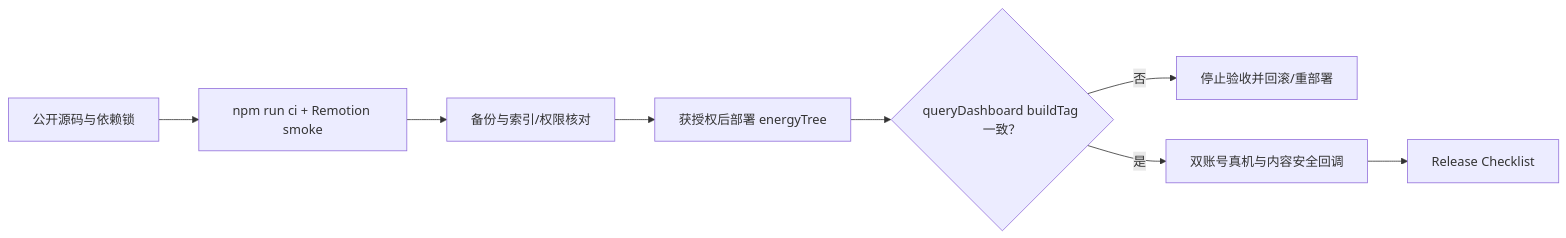
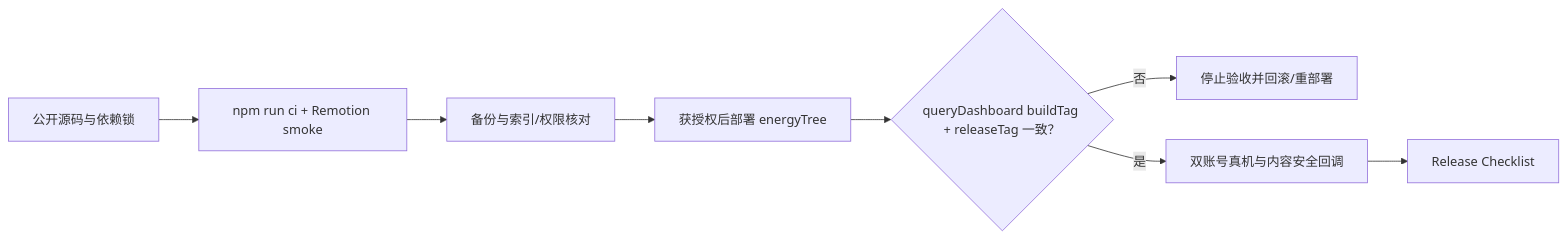
The diagram in docs/deployment-checklist.md (728792899-create/heart-energy-tree-miniprogram), drawn with Mermaid before and after one commit. The commit also changed other lines of this file and 29 other files, not shown here.

````diff
--- a/docs/deployment-checklist.md
+++ b/docs/deployment-checklist.md
@@ -16,10 +16,10 @@
 ```mermaid
 flowchart LR
   SOURCE["公开源码与依赖锁"] --> LOCAL["npm run ci + Remotion smoke"]
   LOCAL --> BACKUP["备份与索引/权限核对"]
   BACKUP --> DEPLOY["获授权后部署 energyTree"]
-  DEPLOY --> TAG{"queryDashboard buildTag 一致？"}
+  DEPLOY --> TAG{"queryDashboard buildTag + releaseTag 一致？"}
   TAG -->|"否"| ROLLBACK["停止验收并回滚/重部署"]
   TAG -->|"是"| DEVICE["双账号真机与内容安全回调"]
   DEVICE --> RELEASE["Release Checklist"]
 ```
````
